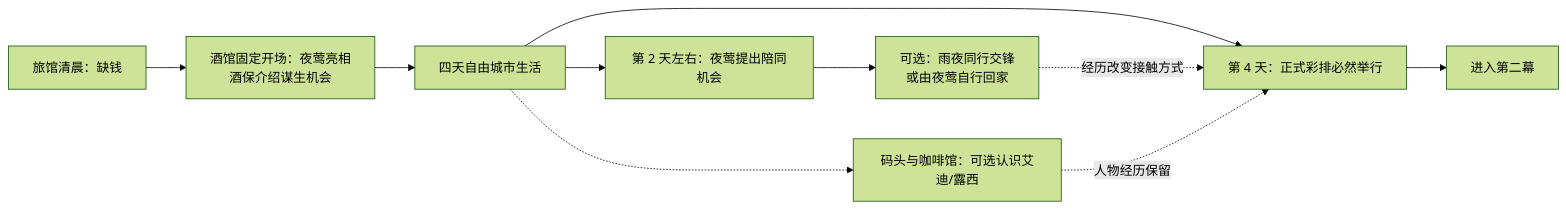
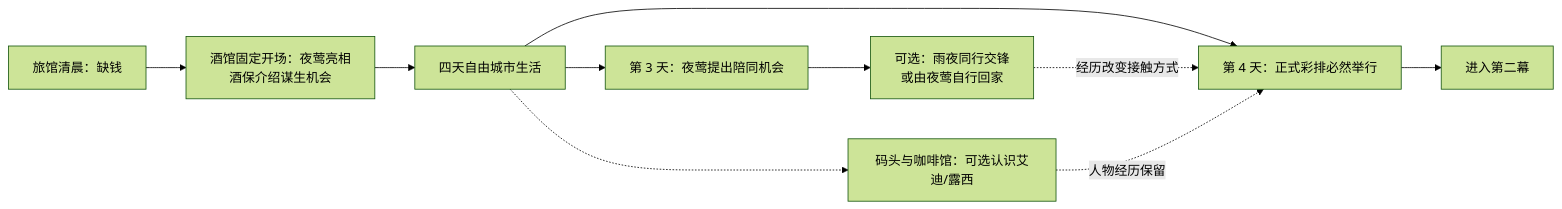
One commit to guopanqi/ssnoir changed the first of 4 diagrams in docs/章节内容手稿/第一章_人物与交锋设计/01_第一幕_活下去_内容网络与交锋.md. Above: the diagram before and after it, drawn with Mermaid (forest theme). The commit also changed other lines of this file and 131 other files, not shown here.

````diff
--- a/docs/章节内容手稿/第一章_人物与交锋设计/01_第一幕_活下去_内容网络与交锋.md
+++ b/docs/章节内容手稿/第一章_人物与交锋设计/01_第一幕_活下去_内容网络与交锋.md
@@ -19,12 +23,12 @@
 ```mermaid
 flowchart LR
     A["旅馆清晨：缺钱"] --> B["酒馆固定开场：夜莺亮相<br/>酒保介绍谋生机会"]
     B --> C["四天自由城市生活"]
     C -.-> D["码头与咖啡馆：可选认识艾迪/露西"]
-    C --> E["第 2 天左右：夜莺提出陪同机会"]
+    C --> E["第 3 天：夜莺提出陪同机会"]
     E --> F["可选：雨夜同行交锋<br/>或由夜莺自行回家"]
     C --> G["第 4 天：正式彩排必然举行"]
     F -.经历改变接触方式.-> G
     D -.人物经历保留.-> G
     G --> H["进入第二幕"]
 ```
````
